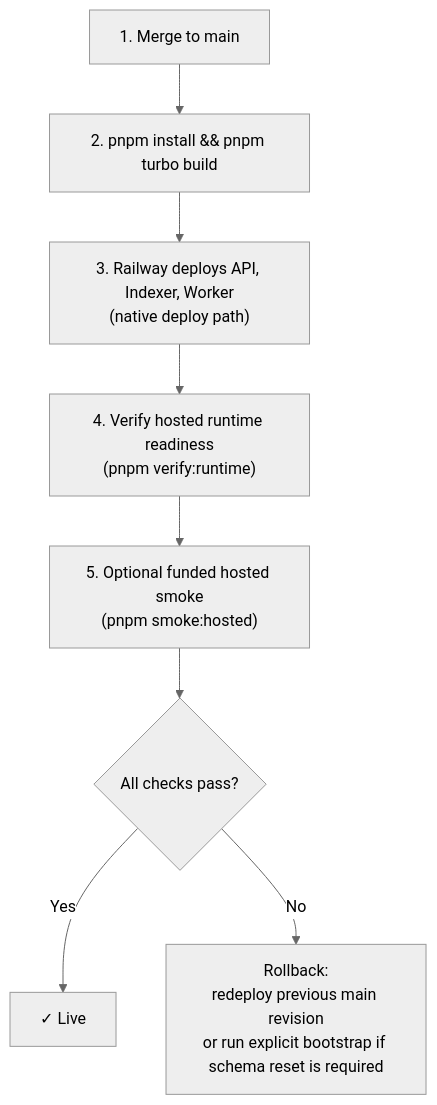
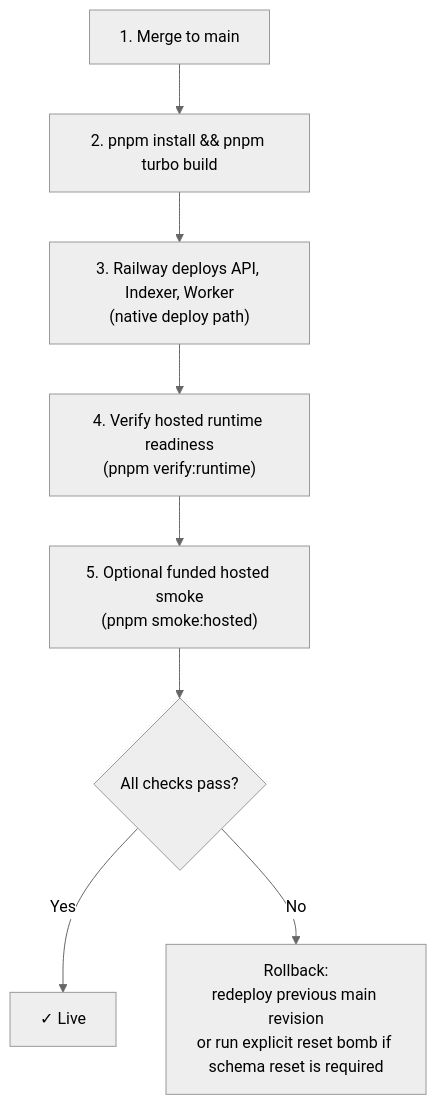
The diagram in docs/deployment.md (andymolecule/Hermes), drawn with Mermaid (neutral theme) before and after one commit. The commit also changed other lines of this file and 8 other files, not shown here.

Commit message:
Rename bootstrap lane to reset bomb

````diff
--- a/docs/deployment.md
+++ b/docs/deployment.md
@@ -169,10 +169,10 @@
 ```mermaid
 flowchart TB
     A["1. Merge to main"] --> B["2. pnpm install && pnpm turbo build"]
     B --> C["3. Railway deploys API, Indexer, Worker<br/>(native deploy path)"]
     C --> D["4. Verify hosted runtime readiness<br/>(pnpm verify:runtime)"]
     D --> E["5. Optional funded hosted smoke<br/>(pnpm smoke:hosted)"]
     E --> F{"All checks pass?"}
     F -->|Yes| G["✓ Live"]
-    F -->|No| H["Rollback:<br/>redeploy previous main revision<br/>or run explicit bootstrap if schema reset is required"]
+    F -->|No| H["Rollback:<br/>redeploy previous main revision<br/>or run explicit reset bomb if schema reset is required"]
 ```
````
